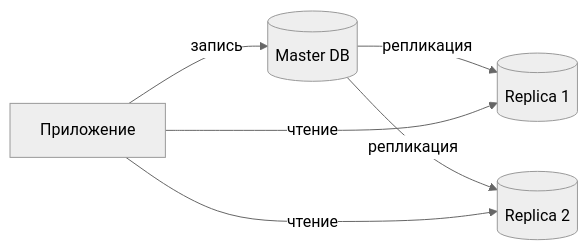
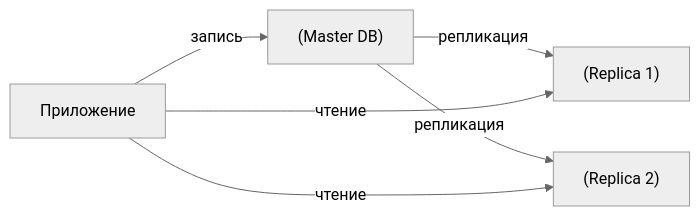
The first of 2 diagrams in directions/architecture/pact/18_backend_dannye_v_arkhitekture_replikatsiya_shardirovanie_kesh_poliglot_persistenciya/01_18_1_replikatsiya_konsistentnost_i_kvorumy.md (DDoSKudya/ai-study-atlas), drawn with Mermaid (neutral theme) before and after one commit. The commit also changed 322 other files, not shown here.

Commit message:
fix(docs): make mermaid diagrams GitHub-compatible across directions content

````diff
--- a/directions/architecture/pact/18_backend_dannye_v_arkhitekture_replikatsiya_shardirovanie_kesh_poliglot_persistenciya/01_18_1_replikatsiya_konsistentnost_i_kvorumy.md
+++ b/directions/architecture/pact/18_backend_dannye_v_arkhitekture_replikatsiya_shardirovanie_kesh_poliglot_persistenciya/01_18_1_replikatsiya_konsistentnost_i_kvorumy.md
@@ -45,9 +45,9 @@
 ```mermaid
 flowchart LR
-  App[Приложение] -->|запись| Master[(Master DB)]
-  Master -->|репликация| R1[(Replica 1)]
-  Master -->|репликация| R2[(Replica 2)]
+  App["Приложение"] -->|запись| Master["(Master DB)"]
+  Master -->|репликация| R1["(Replica 1)"]
+  Master -->|репликация| R2["(Replica 2)"]
 
   App -->|чтение| R1
   App -->|чтение| R2
 ```
````
